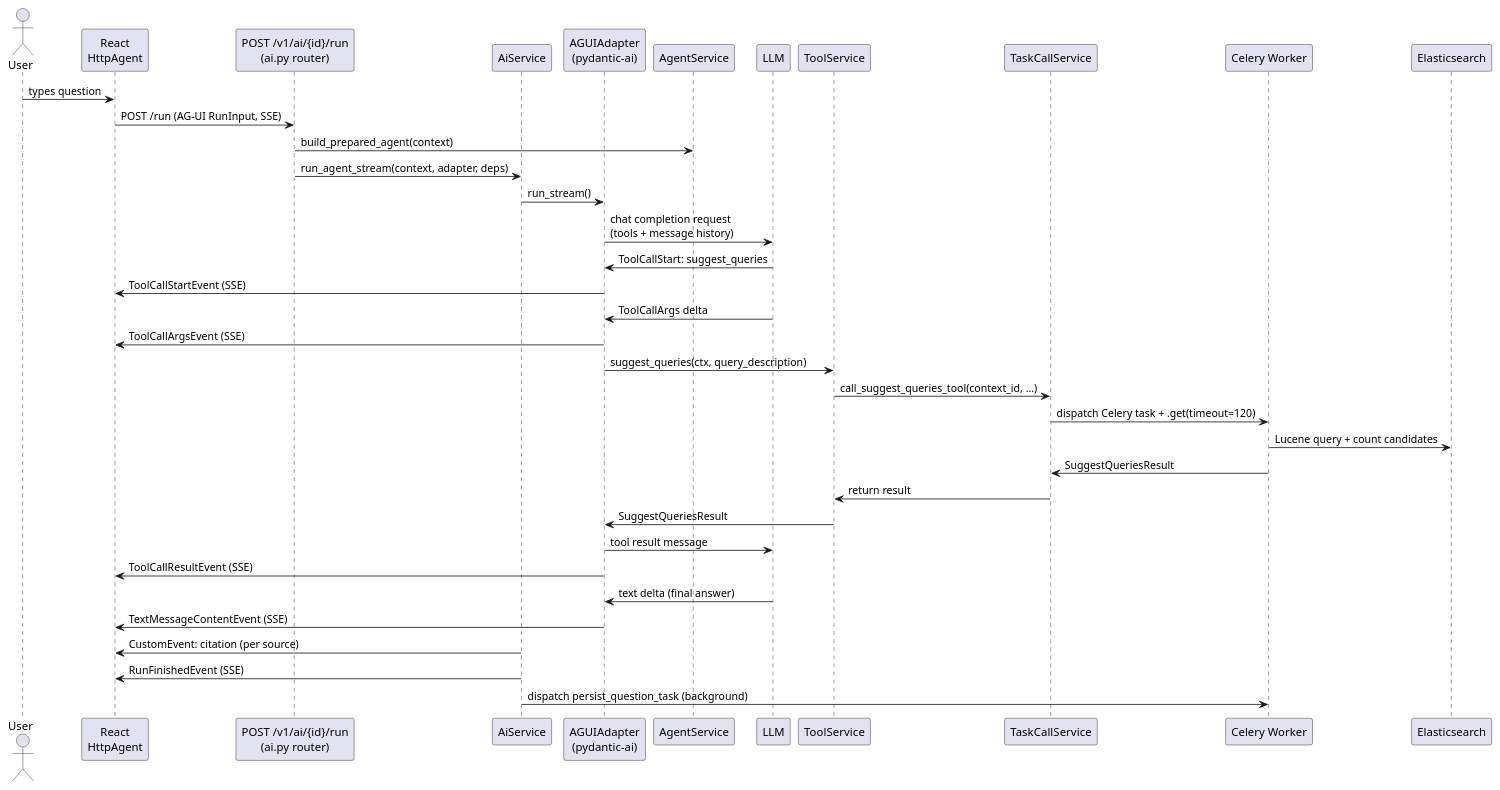
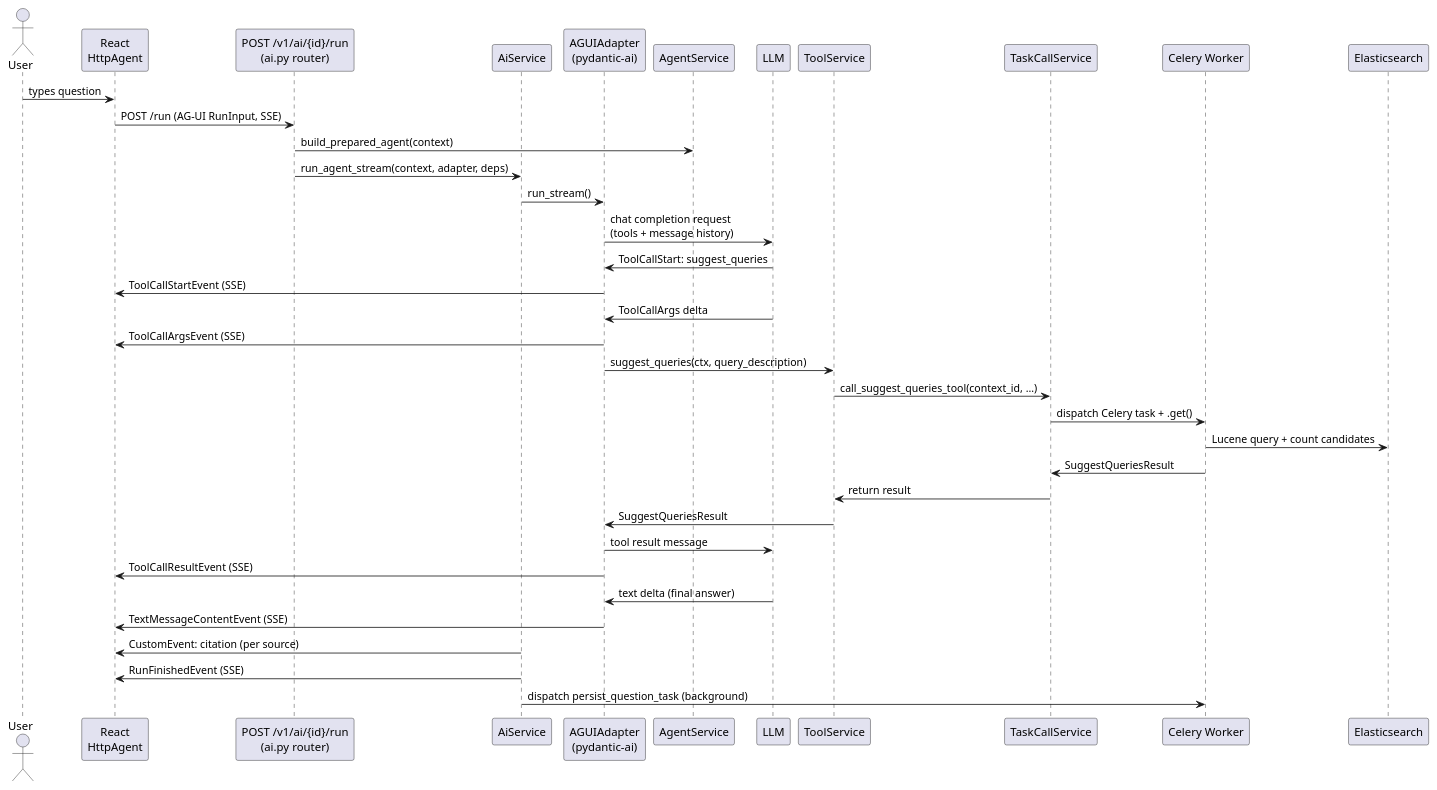
One commit to Swiss-Armed-Forces/Loom changed the second of 4 diagrams in Documentation/ai.md. Above: the diagram before and after it, drawn with PlantUML. The commit also changed other lines of this file and 39 other files, not shown here.

````diff
--- a/Documentation/ai.md
+++ b/Documentation/ai.md
@@ -320,40 +327,40 @@
 ```plantuml
 @startuml
 actor User
 participant "React\nHttpAgent" as FE
 participant "POST /v1/ai/{id}/run\n(ai.py router)" as Router
 participant "AiService" as AiSvc
 participant "AGUIAdapter\n(pydantic-ai)" as Adapter
 participant "AgentService" as AgentSvc
 participant "LLM" as LLM
 participant "ToolService" as ToolSvc
 participant "TaskCallService" as TCS
 participant "Celery Worker" as Worker
 participant "Elasticsearch" as ES
 
 User -> FE : types question
 FE -> Router : POST /run (AG-UI RunInput, SSE)
 Router -> AgentSvc : build_prepared_agent(context)
 Router -> AiSvc : run_agent_stream(context, adapter, deps)
 AiSvc -> Adapter : run_stream()
 Adapter -> LLM : chat completion request\n(tools + message history)
 LLM -> Adapter : ToolCallStart: suggest_queries
 Adapter -> FE : ToolCallStartEvent (SSE)
 LLM -> Adapter : ToolCallArgs delta
 Adapter -> FE : ToolCallArgsEvent (SSE)
 Adapter -> ToolSvc : suggest_queries(ctx, query_description)
 ToolSvc -> TCS : call_suggest_queries_tool(context_id, …)
-TCS -> Worker : dispatch Celery task + .get(timeout=120)
+TCS -> Worker : dispatch Celery task + .get()
 Worker -> ES : Lucene query + count candidates
 Worker -> TCS : SuggestQueriesResult
 TCS -> ToolSvc : return result
 ToolSvc -> Adapter : SuggestQueriesResult
 Adapter -> LLM : tool result message
 Adapter -> FE : ToolCallResultEvent (SSE)
 LLM -> Adapter : text delta (final answer)
 Adapter -> FE : TextMessageContentEvent (SSE)
 AiSvc -> FE : CustomEvent: citation (per source)
 AiSvc -> FE : RunFinishedEvent (SSE)
 AiSvc -> Worker : dispatch persist_question_task (background)
 @enduml
 ```
````
